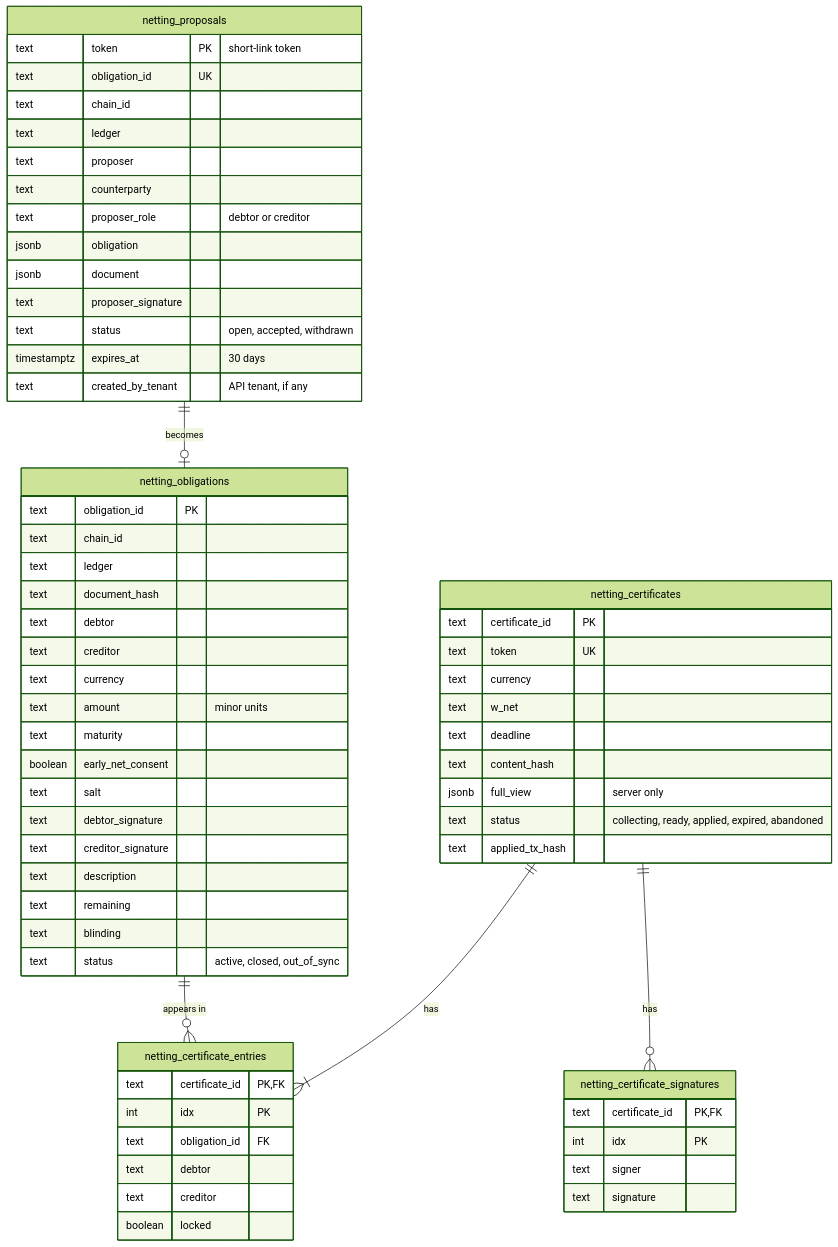
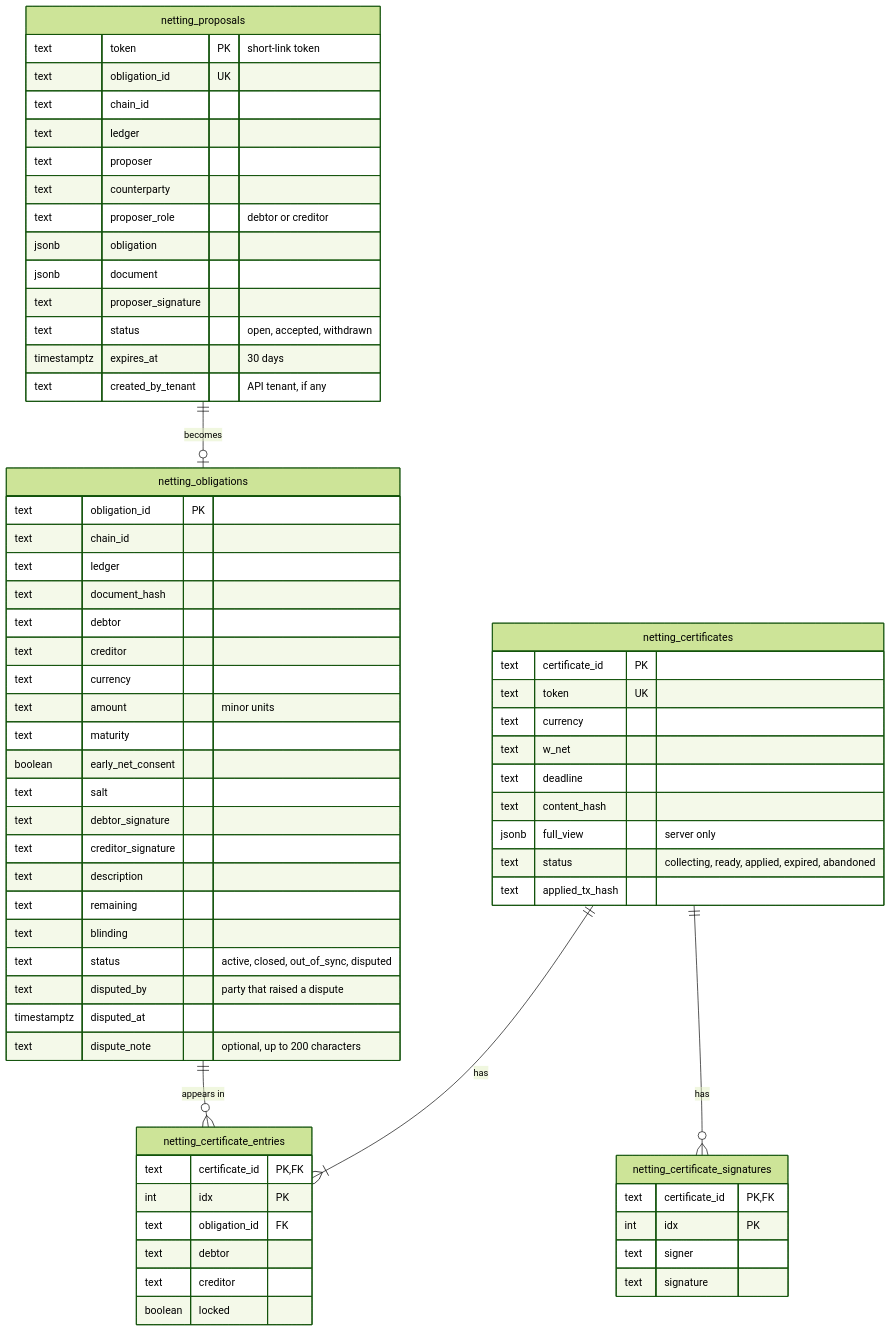
The second of 3 diagrams in docs/gitbook/reference/data-model.md (AduAkorful/contraflow), drawn with Mermaid (forest theme) before and after one commit. The commit also changed other lines of this file and 82 other files, not shown here.

````diff
--- a/docs/gitbook/reference/data-model.md
+++ b/docs/gitbook/reference/data-model.md
@@ -68,66 +68,69 @@
 ```mermaid
 erDiagram
   netting_proposals {
     text token PK "short-link token"
     text obligation_id UK
     text chain_id
     text ledger
     text proposer
     text counterparty
     text proposer_role "debtor or creditor"
     jsonb obligation
     jsonb document
     text proposer_signature
     text status "open, accepted, withdrawn"
     timestamptz expires_at "30 days"
     text created_by_tenant "API tenant, if any"
   }
   netting_obligations {
     text obligation_id PK
     text chain_id
     text ledger
     text document_hash
     text debtor
     text creditor
     text currency
     text amount "minor units"
     text maturity
     boolean early_net_consent
     text salt
     text debtor_signature
     text creditor_signature
     text description
     text remaining
     text blinding
-    text status "active, closed, out_of_sync"
+    text status "active, closed, out_of_sync, disputed"
+    text disputed_by "party that raised a dispute"
+    timestamptz disputed_at
+    text dispute_note "optional, up to 200 characters"
   }
   netting_certificates {
     text certificate_id PK
     text token UK
     text currency
     text w_net
     text deadline
     text content_hash
     jsonb full_view "server only"
     text status "collecting, ready, applied, expired, abandoned"
     text applied_tx_hash
   }
   netting_certificate_entries {
     text certificate_id PK, FK
     int idx PK
     text obligation_id FK
     text debtor
     text creditor
     boolean locked
   }
   netting_certificate_signatures {
     text certificate_id PK, FK
     int idx PK
     text signer
     text signature
   }
   netting_proposals ||--o| netting_obligations : "becomes"
   netting_certificates ||--|{ netting_certificate_entries : has
   netting_certificates ||--o{ netting_certificate_signatures : has
   netting_obligations ||--o{ netting_certificate_entries : "appears in"
 ```
````
